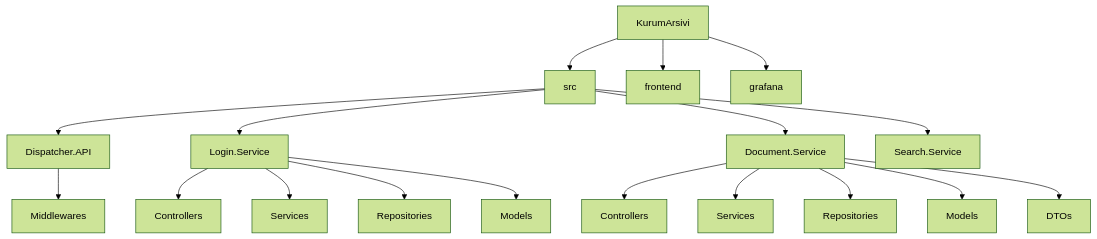
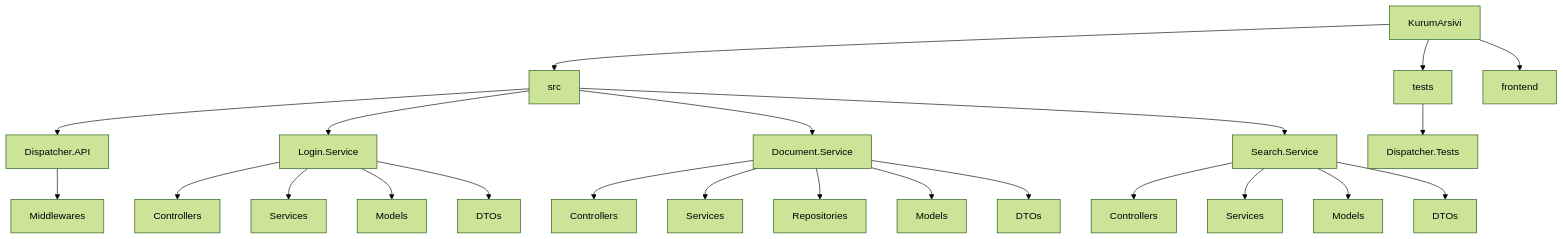
The fourth of 5 diagrams in README.md (sudenazguldal/YAZ-LAB-II-KurumArsivi), drawn with Mermaid (forest theme) before and after one commit. The commit also changed other lines of this file, not shown here.

First line of the commit message:
Enhance README with service details and diagrams

````diff
--- a/README.md
+++ b/README.md
@@ -112,20 +179,28 @@
 ```mermaid
-graph TD
+flowchart TD
     A[KurumArsivi] --> B[src]
-    A --> C[frontend]
-    A --> D[grafana]
-    B --> E[Dispatcher.API]
-    B --> F[Login.Service]
-    B --> G[Document.Service]
-    B --> H[Search.Service]
-    E --> E1[Middlewares]
-    F --> F1[Controllers]
-    F --> F2[Services]
-    F --> F3[Repositories]
-    F --> F4[Models]
-    G --> G1[Controllers]
-    G --> G2[Services]
-    G --> G3[Repositories]
-    G --> G4[Models]
-    G --> G5[DTOs]
+    A --> C[tests]
+    A --> D[frontend]
+
+    B --> B1[Dispatcher.API]
+    B --> B2[Login.Service]
+    B --> B3[Document.Service]
+    B --> B4[Search.Service]
+
+    B1 --> B11[Middlewares]
+    B2 --> B21[Controllers]
+    B2 --> B22[Services]
+    B2 --> B23[Models]
+    B2 --> B24[DTOs]
+    B3 --> B31[Controllers]
+    B3 --> B32[Services]
+    B3 --> B33[Repositories]
+    B3 --> B34[Models]
+    B3 --> B35[DTOs]
+    B4 --> B41[Controllers]
+    B4 --> B42[Services]
+    B4 --> B43[Models]
+    B4 --> B44[DTOs]
+
+    C --> C1[Dispatcher.Tests]
 ```
````
